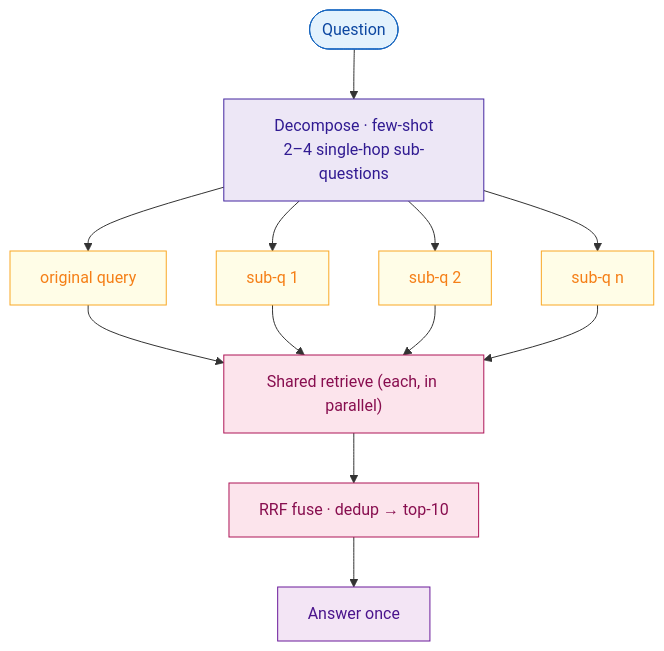
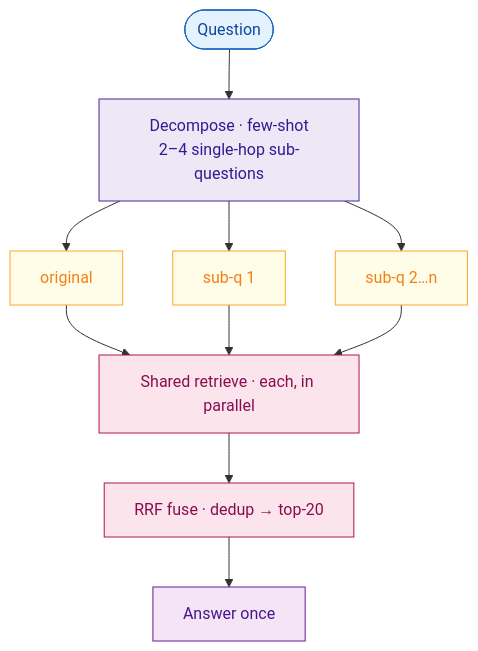
One commit to rudramansoomirtee-ctrl/rag-benchmark changed the fourth of 7 diagrams in thesis/chapter3_methodology.md. Above: the diagram before and after it, drawn with Mermaid. The commit also changed other lines of this file, not shown here.

````diff
--- a/thesis/chapter3_methodology.md
+++ b/thesis/chapter3_methodology.md
@@ -166,19 +182,15 @@
 ```mermaid
 flowchart TB
     Q(["Question"]):::data --> D["Decompose · few-shot<br/>2–4 single-hop sub-questions"]:::sys
-    D --> Q0["original query"]:::q
-    D --> Q1["sub-q 1"]:::q
-    D --> Q2["sub-q 2"]:::q
-    D --> Qn["sub-q n"]:::q
-    Q0 --> RET["Shared retrieve (each, in parallel)"]:::fixed
+    D --> Q0["original"]:::q & Q1["sub-q 1"]:::q & Q2["sub-q 2…n"]:::q
+    Q0 --> RET["Shared retrieve · each, in parallel"]:::fixed
     Q1 --> RET
     Q2 --> RET
-    Qn --> RET
-    RET --> FUSE["RRF fuse · dedup → top-10"]:::fixed
+    RET --> FUSE["RRF fuse · dedup → top-20"]:::fixed
     FUSE --> ANS["Answer once"]:::out
     classDef data fill:#e3f2fd,stroke:#1565c0,color:#0d47a1
     classDef sys fill:#ede7f6,stroke:#4527a0,color:#311b92
     classDef q fill:#fffde7,stroke:#f9a825,color:#f57f17
     classDef fixed fill:#fce4ec,stroke:#ad1457,color:#880e4f
     classDef out fill:#f3e5f5,stroke:#6a1b9a,color:#4a148c
 ```
````
